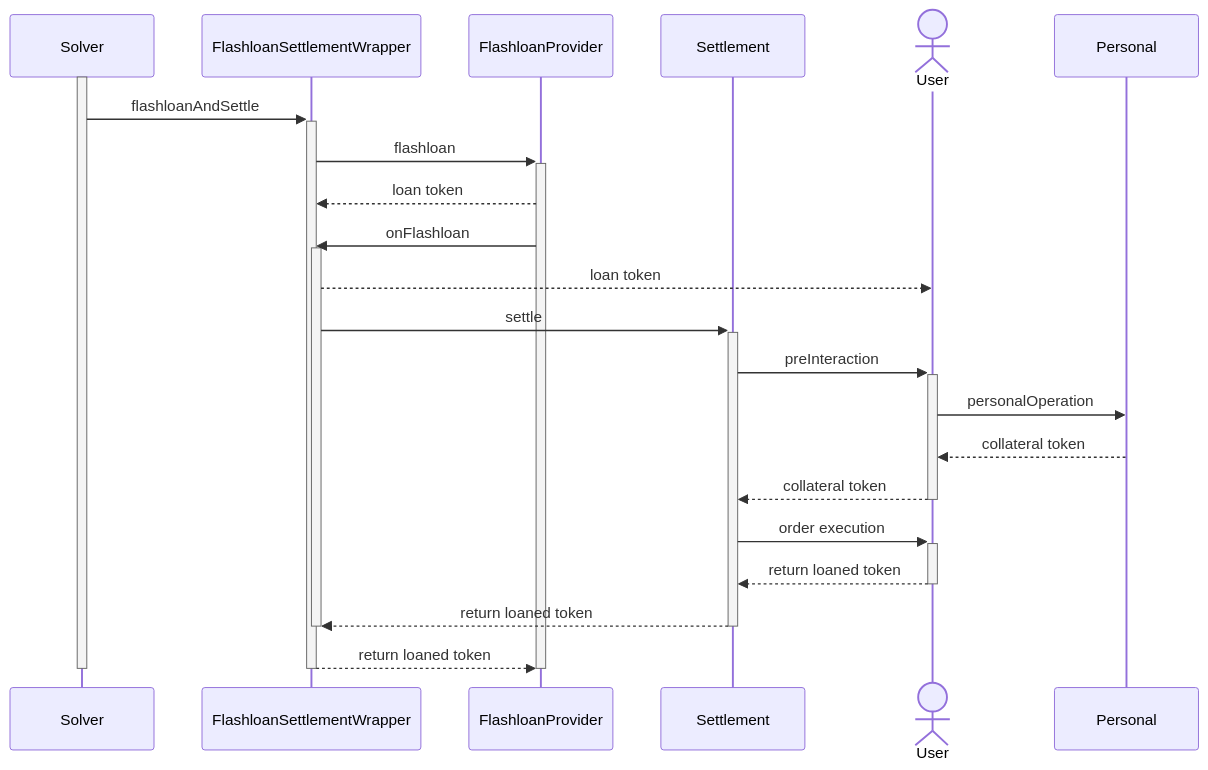
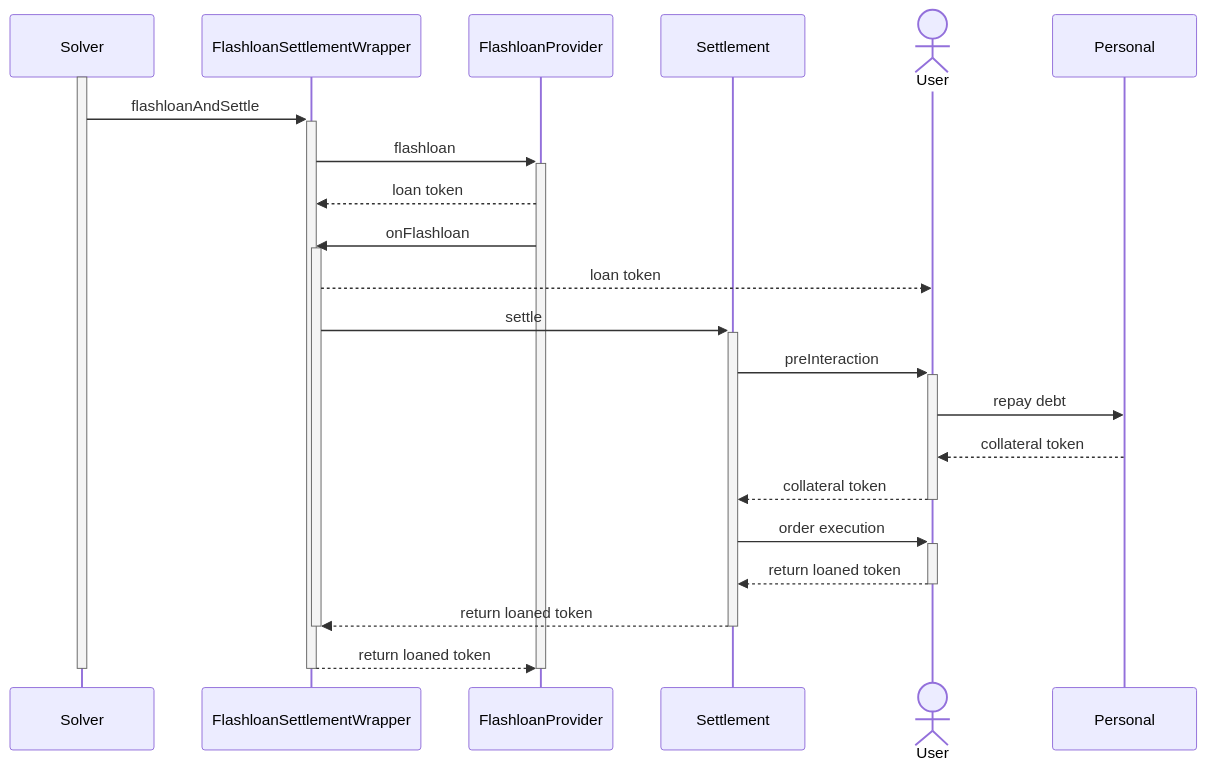
One commit to cowprotocol/docs changed the diagram in docs/cow-protocol/concepts/flashloans/how-it-works.md. Above: the diagram before and after it, drawn with Mermaid. The commit also changed 1 other file, not shown here.

Commit message:
rework comment

````diff
--- a/docs/cow-protocol/concepts/flashloans/how-it-works.md
+++ b/docs/cow-protocol/concepts/flashloans/how-it-works.md
@@ -20,24 +20,24 @@
 ```mermaid
 sequenceDiagram
     activate Solver
     Solver->>+FlashloanSettlementWrapper: flashloanAndSettle
     FlashloanSettlementWrapper->>+FlashloanProvider: flashloan
     FlashloanProvider-->>FlashloanSettlementWrapper: loan token
     FlashloanProvider->>+FlashloanSettlementWrapper: onFlashloan
     participant Settlement
     actor User
     FlashloanSettlementWrapper-->>User: loan token
     FlashloanSettlementWrapper->>+Settlement: settle
     Settlement->>+User: preInteraction
-    User->>Personal: personalOperation
+    User->>Personal: repay debt
     Personal-->>User: collateral token
     User-->>-Settlement: collateral token
     Settlement->>+User: order execution
     User-->>-Settlement: return loaned token
     Settlement-->>-FlashloanSettlementWrapper: return loaned token
     deactivate FlashloanSettlementWrapper
     FlashloanSettlementWrapper-->>FlashloanProvider: return loaned token
     deactivate FlashloanProvider
     deactivate FlashloanSettlementWrapper
     deactivate Solver
 ```
````
